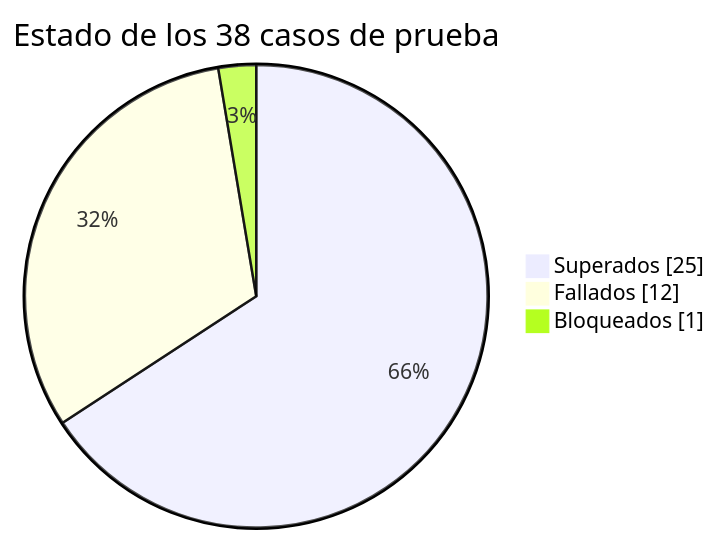
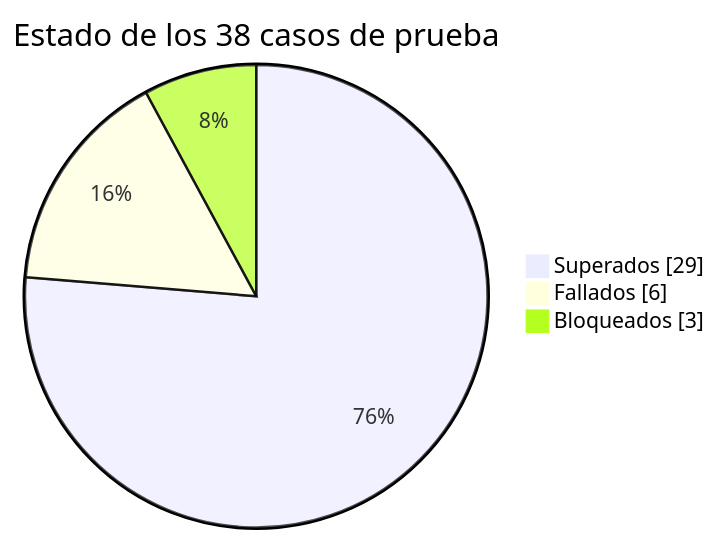
The first of 2 diagrams in 04-informe-ejecucion.md (Blistahub/qa-portfolio-orangehrm), drawn with Mermaid before and after one commit. The commit also changed other lines of this file, not shown here.

````diff
--- a/04-informe-ejecucion.md
+++ b/04-informe-ejecucion.md
@@ -38,7 +38,7 @@
 ```mermaid
 pie showData
     title Estado de los 38 casos de prueba
-    "Superados" : 25
-    "Fallados" : 12
-    "Bloqueados" : 1
+    "Superados" : 29
+    "Fallados" : 6
+    "Bloqueados" : 3
 ```
````
